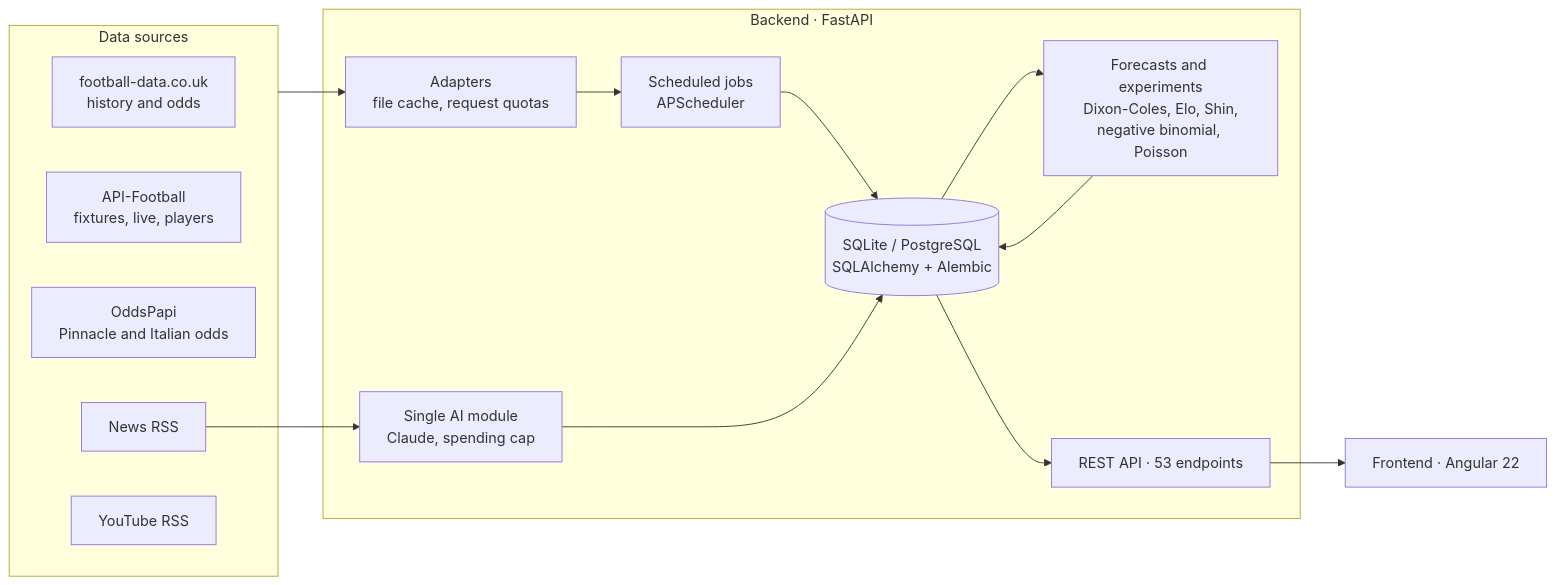
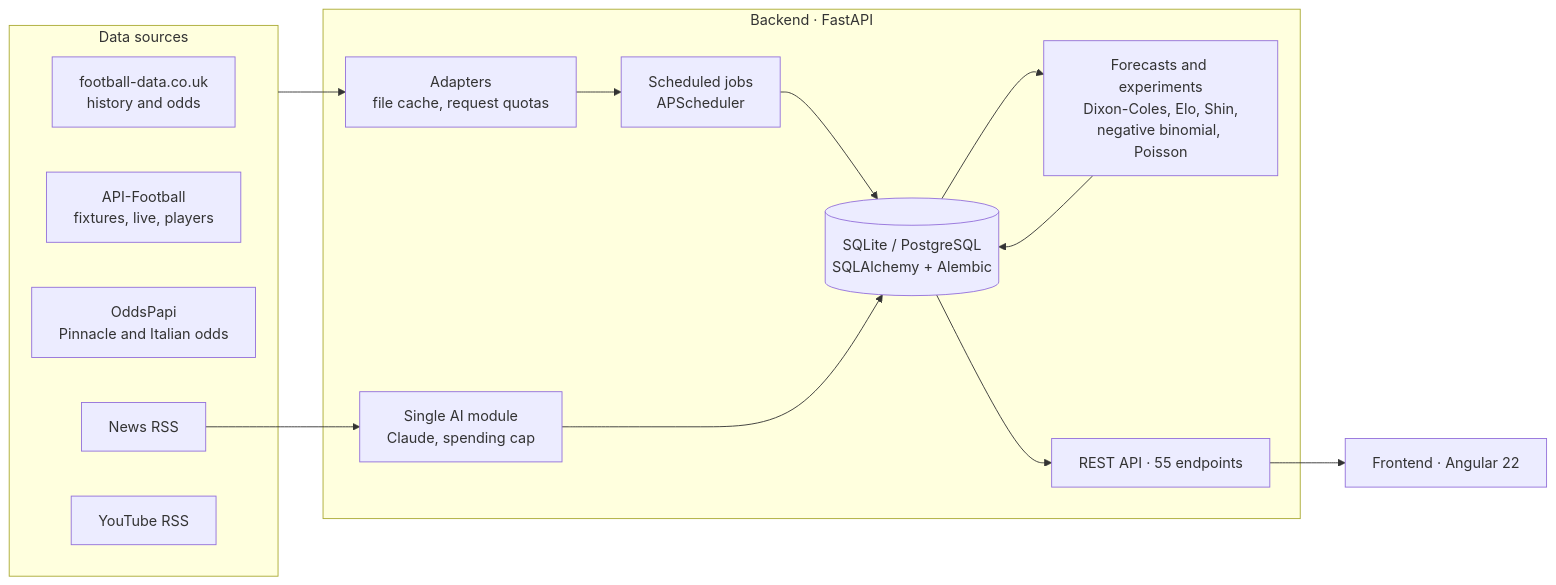
The diagram in README.en.md (giuseppecorso/archiebet), drawn with Mermaid before and after one commit. The commit also changed other lines of this file and 5 other files, not shown here.

````diff
--- a/README.en.md
+++ b/README.en.md
@@ -56,23 +56,23 @@
 ```mermaid
 flowchart LR
   subgraph Sources["Data sources"]
     FD[football-data.co.uk<br/>history and odds]
     AF[API-Football<br/>fixtures, live, players]
     OP[OddsPapi<br/>Pinnacle and Italian odds]
     NW[News RSS]
     YT[YouTube RSS]
   end
   subgraph Backend["Backend · FastAPI"]
     AD[Adapters<br/>file cache, request quotas]
     JOB[Scheduled jobs<br/>APScheduler]
     DB[(SQLite / PostgreSQL<br/>SQLAlchemy + Alembic)]
     FC[Forecasts and experiments<br/>Dixon-Coles, Elo, Shin,<br/>negative binomial, Poisson]
     AI[Single AI module<br/>Claude, spending cap]
-    API[REST API · 53 endpoints]
+    API[REST API · 55 endpoints]
   end
   FE[Frontend · Angular 22]
   Sources --> AD --> JOB --> DB
   DB --> FC --> DB
   NW --> AI --> DB
   DB --> API --> FE
 ```
````
